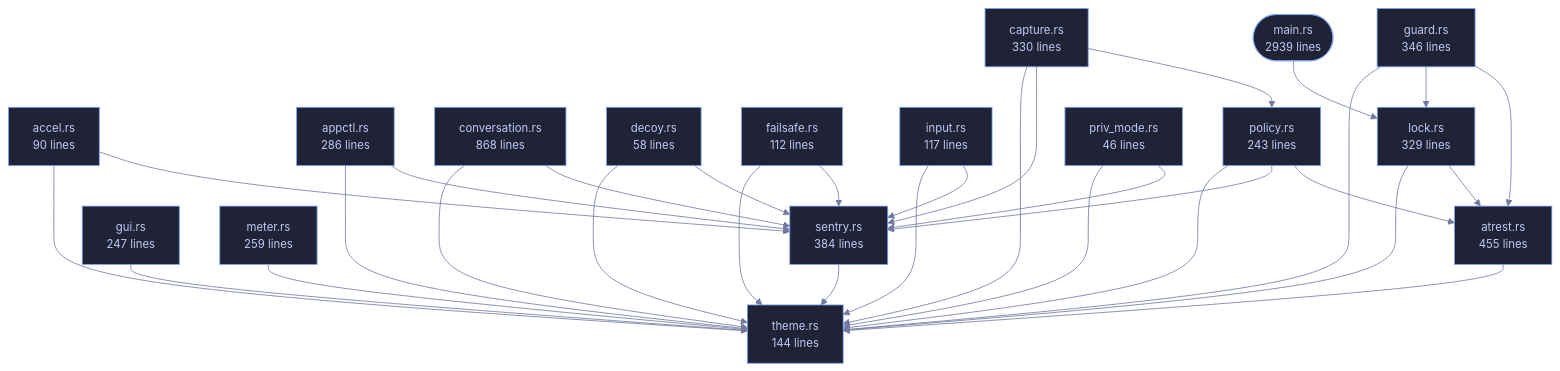
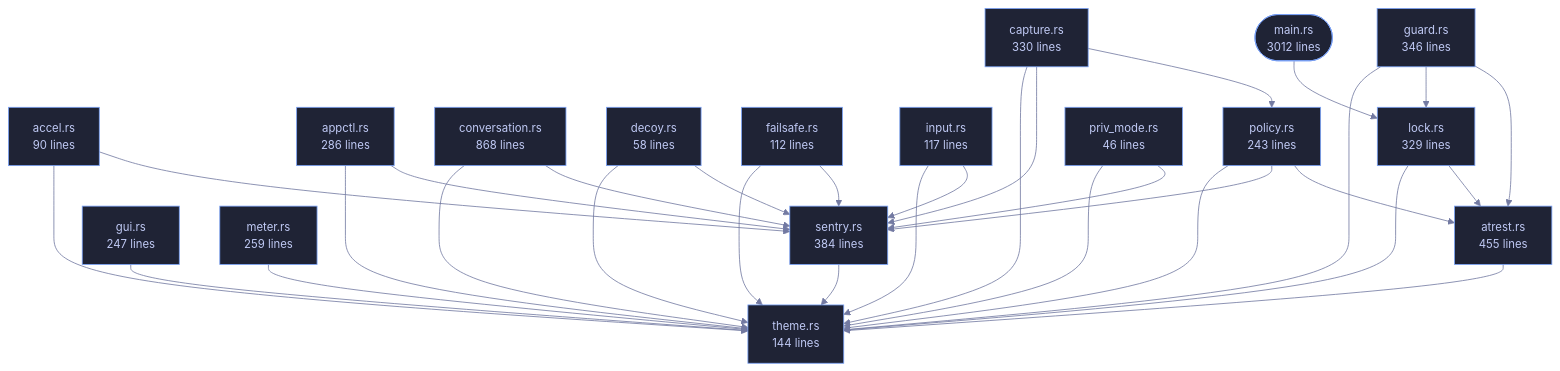
The diagram in wiki/Crate-veilvoice-cli.md (tilas01/veilvoice), drawn with Mermaid before and after one commit. The commit also changed other lines of this file and 82 other files, not shown here.

````diff
--- a/wiki/Crate-veilvoice-cli.md
+++ b/wiki/Crate-veilvoice-cli.md
@@ -97,68 +97,68 @@
 ```mermaid
 %%{init: {"theme":"base","themeVariables":{"background":"#1a1b26","primaryColor":"#1f2335","primaryTextColor":"#c0caf5","primaryBorderColor":"#7aa2f7","secondaryColor":"#16161e","tertiaryColor":"#16161e","lineColor":"#737aa2","textColor":"#c0caf5","mainBkg":"#1f2335","nodeBorder":"#7aa2f7","clusterBkg":"#16161e","clusterBorder":"#2f3549","fontFamily":"ui-monospace, SFMono-Regular, Consolas, monospace","fontSize":"14px"}}}%%
 flowchart TD
-    n_main(["main.rs<br/>2939 lines"])
+    n_main(["main.rs<br/>3012 lines"])
     n_accel["accel.rs<br/>90 lines"]
     n_appctl["appctl.rs<br/>286 lines"]
     n_atrest["atrest.rs<br/>455 lines"]
     n_capture["capture.rs<br/>330 lines"]
     n_conversation["conversation.rs<br/>868 lines"]
     n_decoy["decoy.rs<br/>58 lines"]
     n_failsafe["failsafe.rs<br/>112 lines"]
     n_guard["guard.rs<br/>346 lines"]
     n_gui["gui.rs<br/>247 lines"]
     n_input["input.rs<br/>117 lines"]
     n_lock["lock.rs<br/>329 lines"]
     n_meter["meter.rs<br/>259 lines"]
     n_policy["policy.rs<br/>243 lines"]
     n_priv_mode["priv_mode.rs<br/>46 lines"]
     n_sentry["sentry.rs<br/>384 lines"]
     n_theme["theme.rs<br/>144 lines"]
     n_accel --> n_sentry
     n_accel --> n_theme
     n_appctl --> n_sentry
     n_appctl --> n_theme
     n_atrest --> n_theme
     n_capture --> n_policy
     n_capture --> n_sentry
     n_capture --> n_theme
     n_conversation --> n_sentry
     n_conversation --> n_theme
     n_decoy --> n_sentry
     n_decoy --> n_theme
     n_failsafe --> n_sentry
     n_failsafe --> n_theme
     n_guard --> n_atrest
     n_guard --> n_lock
     n_guard --> n_theme
     n_gui --> n_theme
     n_input --> n_sentry
     n_input --> n_theme
     n_lock --> n_atrest
     n_lock --> n_theme
     n_main --> n_lock
     n_meter --> n_theme
     n_policy --> n_atrest
     n_policy --> n_sentry
     n_policy --> n_theme
     n_priv_mode --> n_sentry
     n_priv_mode --> n_theme
     n_sentry --> n_theme
     click n_main href "https://github.com/tilas01/veilvoice/blob/main/crates/veilvoice-cli/src/main.rs" "open the source"
     click n_accel href "https://github.com/tilas01/veilvoice/blob/main/crates/veilvoice-cli/src/accel.rs" "open the source"
     click n_appctl href "https://github.com/tilas01/veilvoice/blob/main/crates/veilvoice-cli/src/appctl.rs" "open the source"
     click n_atrest href "https://github.com/tilas01/veilvoice/blob/main/crates/veilvoice-cli/src/atrest.rs" "open the source"
     click n_capture href "https://github.com/tilas01/veilvoice/blob/main/crates/veilvoice-cli/src/capture.rs" "open the source"
     click n_conversation href "https://github.com/tilas01/veilvoice/blob/main/crates/veilvoice-cli/src/conversation.rs" "open the source"
     click n_decoy href "https://github.com/tilas01/veilvoice/blob/main/crates/veilvoice-cli/src/decoy.rs" "open the source"
     click n_failsafe href "https://github.com/tilas01/veilvoice/blob/main/crates/veilvoice-cli/src/failsafe.rs" "open the source"
     click n_guard href "https://github.com/tilas01/veilvoice/blob/main/crates/veilvoice-cli/src/guard.rs" "open the source"
     click n_gui href "https://github.com/tilas01/veilvoice/blob/main/crates/veilvoice-cli/src/gui.rs" "open the source"
     click n_input href "https://github.com/tilas01/veilvoice/blob/main/crates/veilvoice-cli/src/input.rs" "open the source"
     click n_lock href "https://github.com/tilas01/veilvoice/blob/main/crates/veilvoice-cli/src/lock.rs" "open the source"
     click n_meter href "https://github.com/tilas01/veilvoice/blob/main/crates/veilvoice-cli/src/meter.rs" "open the source"
     click n_policy href "https://github.com/tilas01/veilvoice/blob/main/crates/veilvoice-cli/src/policy.rs" "open the source"
     click n_priv_mode href "https://github.com/tilas01/veilvoice/blob/main/crates/veilvoice-cli/src/priv_mode.rs" "open the source"
     click n_sentry href "https://github.com/tilas01/veilvoice/blob/main/crates/veilvoice-cli/src/sentry.rs" "open the source"
     click n_theme href "https://github.com/tilas01/veilvoice/blob/main/crates/veilvoice-cli/src/theme.rs" "open the source"
 ```
````
